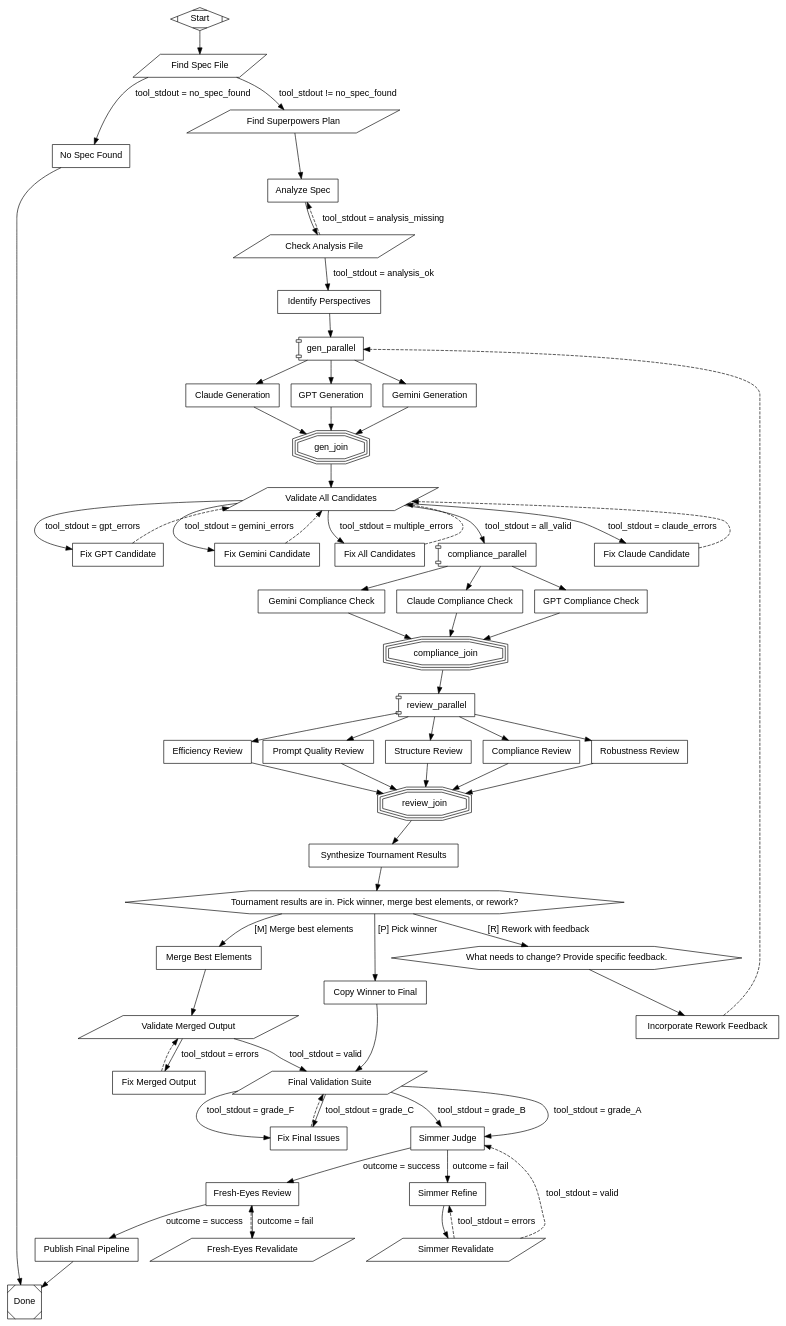
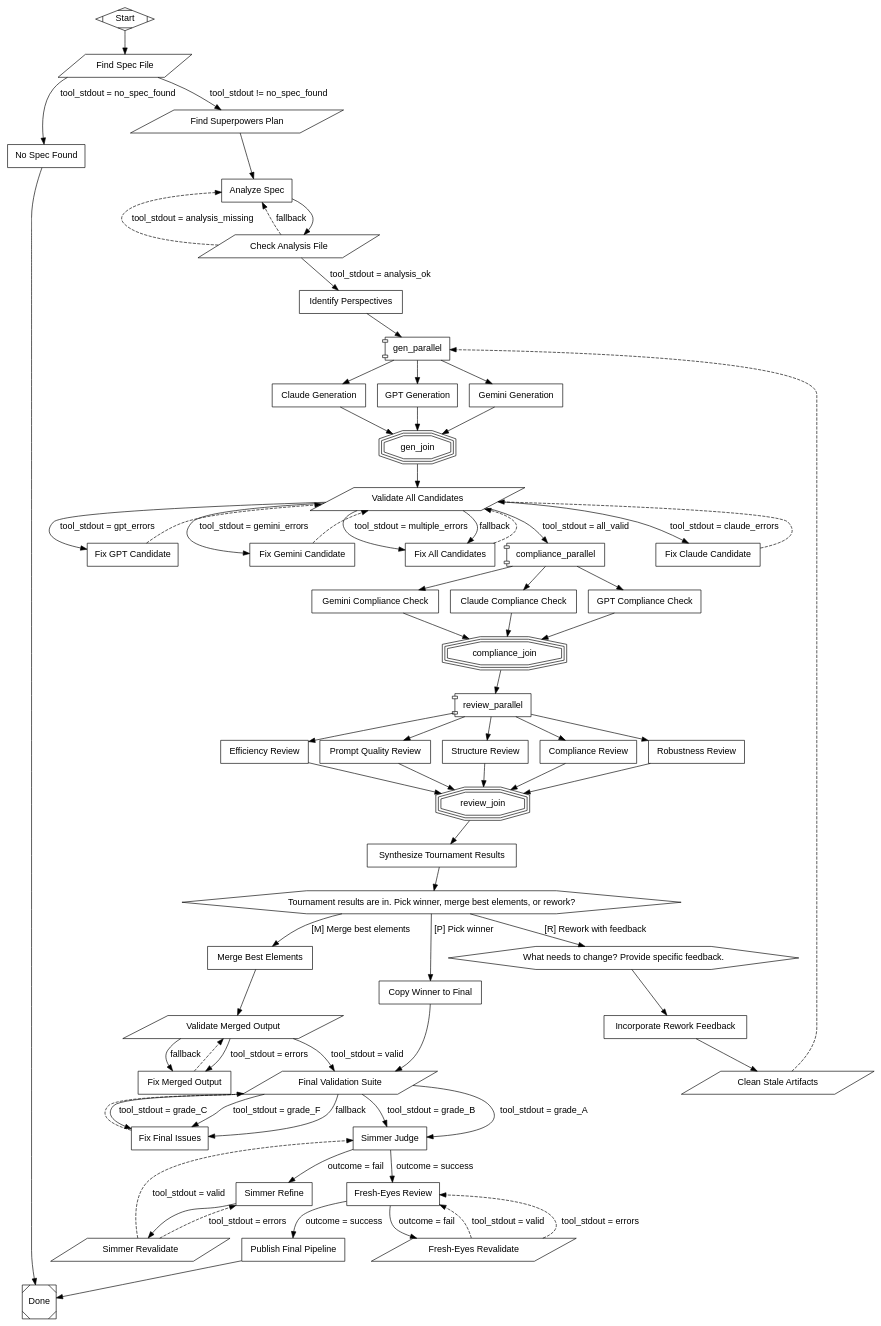
Before and after one commit to 2389-research/pipelines: the diagram in spec_to_dip.dot, drawn with Graphviz. The commit also changed 1 other file, not shown here.

Commit message:
fix(spec-to-dip): address review squad findings — hardening pass
Add fallback_target to all retry-loop and parallel branch nodes,
fix final_validate shell crash under set -eu, make edge routing
exhaustive, add rework cleanup node, expand prompt parity across
gen/fix agents, fix simmer ASI contradiction, bump max_restarts
to 30, add default fallback edges, integrate dippin lint into
final validation suite.

```diff
--- a/spec_to_dip.dot
+++ b/spec_to_dip.dot
@@ -1,120 +1,127 @@
 digraph SpecToDip {
   rankdir=TB;
   node [fontname="Helvetica"];
   edge [fontname="Helvetica"];
   Start [label="Start", shape="Mdiamond"];
   Done [label="Done", shape="Msquare"];
   no_spec_exit [label="No Spec Found", shape="box"];
   find_spec [label="Find Spec File", shape="parallelogram"];
   find_plan [label="Find Superpowers Plan", shape="parallelogram"];
   analyze_spec [label="Analyze Spec", shape="box"];
   check_analysis [label="Check Analysis File", shape="parallelogram"];
   identify_perspectives [label="Identify Perspectives", shape="box"];
   gen_parallel [label="gen_parallel", shape="component"];
   gen_claude [label="Claude Generation", shape="box"];
   gen_gpt [label="GPT Generation", shape="box"];
   gen_gemini [label="Gemini Generation", shape="box"];
   gen_join [label="gen_join", shape="tripleoctagon"];
   validate_all [label="Validate All Candidates", shape="parallelogram"];
   fix_claude [label="Fix Claude Candidate", shape="box"];
   fix_gpt [label="Fix GPT Candidate", shape="box"];
   fix_gemini [label="Fix Gemini Candidate", shape="box"];
   fix_all [label="Fix All Candidates", shape="box"];
   compliance_parallel [label="compliance_parallel", shape="component"];
   compliance_claude [label="Claude Compliance Check", shape="box"];
   compliance_gpt [label="GPT Compliance Check", shape="box"];
   compliance_gemini [label="Gemini Compliance Check", shape="box"];
   compliance_join [label="compliance_join", shape="tripleoctagon"];
   review_parallel [label="review_parallel", shape="component"];
   review_structure [label="Structure Review", shape="box"];
   review_compliance [label="Compliance Review", shape="box"];
   review_robustness [label="Robustness Review", shape="box"];
   review_efficiency [label="Efficiency Review", shape="box"];
   review_prompts [label="Prompt Quality Review", shape="box"];
   review_join [label="review_join", shape="tripleoctagon"];
   synthesize_scores [label="Synthesize Tournament Results", shape="box"];
   human_select [label="Tournament results are in. Pick winner, merge best elements, or rework?", shape="hexagon"];
   copy_winner [label="Copy Winner to Final", shape="box"];
   merge_candidates [label="Merge Best Elements", shape="box"];
   validate_merge [label="Validate Merged Output", shape="parallelogram"];
   fix_merge [label="Fix Merged Output", shape="box"];
   rework_feedback [label="What needs to change? Provide specific feedback.", shape="hexagon"];
+  rework_cleanup [label="Clean Stale Artifacts", shape="parallelogram"];
   rework_analysis [label="Incorporate Rework Feedback", shape="box"];
   final_validate [label="Final Validation Suite", shape="parallelogram"];
   final_fix [label="Fix Final Issues", shape="box"];
   simmer_judge [label="Simmer Judge", shape="box"];
   simmer_refine [label="Simmer Refine", shape="box"];
   simmer_revalidate [label="Simmer Revalidate", shape="parallelogram"];
   fresh_eyes [label="Fresh-Eyes Review", shape="box"];
   fresh_eyes_revalidate [label="Fresh-Eyes Revalidate", shape="parallelogram"];
   publish_output [label="Publish Final Pipeline", shape="box"];
 
   Start -> find_spec;
   find_spec -> find_plan [condition="tool_stdout != no_spec_found", label="tool_stdout != no_spec_found"];
   find_spec -> no_spec_exit [condition="tool_stdout = no_spec_found", label="tool_stdout = no_spec_found"];
   find_plan -> analyze_spec;
   no_spec_exit -> Done;
   analyze_spec -> check_analysis;
   check_analysis -> identify_perspectives [condition="tool_stdout = analysis_ok", label="tool_stdout = analysis_ok"];
   check_analysis -> analyze_spec [condition="tool_stdout = analysis_missing", label="tool_stdout = analysis_missing", restart="true", style="dashed"];
+  check_analysis -> analyze_spec [label="fallback", restart="true", style="dashed"];
   identify_perspectives -> gen_parallel;
   gen_parallel -> gen_claude;
   gen_parallel -> gen_gpt;
   gen_parallel -> gen_gemini;
   gen_claude -> gen_join;
   gen_gpt -> gen_join;
   gen_gemini -> gen_join;
   gen_join -> validate_all;
   validate_all -> compliance_parallel [condition="tool_stdout = all_valid", label="tool_stdout = all_valid"];
   validate_all -> fix_claude [condition="tool_stdout = claude_errors", label="tool_stdout = claude_errors"];
   validate_all -> fix_gpt [condition="tool_stdout = gpt_errors", label="tool_stdout = gpt_errors"];
   validate_all -> fix_gemini [condition="tool_stdout = gemini_errors", label="tool_stdout = gemini_errors"];
   validate_all -> fix_all [condition="tool_stdout = multiple_errors", label="tool_stdout = multiple_errors"];
+  validate_all -> fix_all [label="fallback"];
   fix_claude -> validate_all [restart="true", style="dashed"];
   fix_gpt -> validate_all [restart="true", style="dashed"];
   fix_gemini -> validate_all [restart="true", style="dashed"];
   fix_all -> validate_all [restart="true", style="dashed"];
   compliance_parallel -> compliance_claude;
   compliance_parallel -> compliance_gpt;
   compliance_parallel -> compliance_gemini;
   compliance_claude -> compliance_join;
   compliance_gpt -> compliance_join;
   compliance_gemini -> compliance_join;
   compliance_join -> review_parallel;
   review_parallel -> review_structure;
   review_parallel -> review_compliance;
   review_parallel -> review_robustness;
   review_parallel -> review_efficiency;
   review_parallel -> review_prompts;
   review_structure -> review_join;
   review_compliance -> review_join;
   review_robustness -> review_join;
   review_efficiency -> review_join;
   review_prompts -> review_join;
   review_join -> synthesize_scores;
   synthesize_scores -> human_select;
   human_select -> copy_winner [label="[P] Pick winner"];
   human_select -> merge_candidates [label="[M] Merge best elements"];
   human_select -> rework_feedback [label="[R] Rework with feedback"];
   copy_winner -> final_validate;
   merge_candidates -> validate_merge;
   validate_merge -> fix_merge [condition="tool_stdout = errors", label="tool_stdout = errors"];
   fix_merge -> validate_merge [restart="true", style="dashed"];
   validate_merge -> final_validate [condition="tool_stdout = valid", label="tool_stdout = valid"];
+  validate_merge -> fix_merge [label="fallback"];
   rework_feedback -> rework_analysis;
-  rework_analysis -> gen_parallel [restart="true", style="dashed"];
+  rework_analysis -> rework_cleanup;
+  rework_cleanup -> gen_parallel [restart="true", style="dashed"];
   final_validate -> final_fix [condition="tool_stdout = grade_C", label="tool_stdout = grade_C"];
   final_validate -> final_fix [condition="tool_stdout = grade_F", label="tool_stdout = grade_F"];
   final_fix -> final_validate [restart="true", style="dashed"];
   final_validate -> simmer_judge [condition="tool_stdout = grade_A", label="tool_stdout = grade_A"];
   final_validate -> simmer_judge [condition="tool_stdout = grade_B", label="tool_stdout = grade_B"];
+  final_validate -> final_fix [label="fallback"];
   simmer_judge -> fresh_eyes [condition="outcome = success", label="outcome = success"];
   simmer_judge -> simmer_refine [condition="outcome = fail", label="outcome = fail"];
   simmer_refine -> simmer_revalidate;
   simmer_revalidate -> simmer_judge [condition="tool_stdout = valid", label="tool_stdout = valid", restart="true", style="dashed"];
   simmer_revalidate -> simmer_refine [condition="tool_stdout = errors", label="tool_stdout = errors", restart="true", style="dashed"];
   fresh_eyes -> publish_output [condition="outcome = success", label="outcome = success"];
   fresh_eyes -> fresh_eyes_revalidate [condition="outcome = fail", label="outcome = fail"];
-  fresh_eyes_revalidate -> fresh_eyes [restart="true", style="dashed"];
+  fresh_eyes_revalidate -> fresh_eyes [condition="tool_stdout = valid", label="tool_stdout = valid", restart="true", style="dashed"];
+  fresh_eyes_revalidate -> fresh_eyes [condition="tool_stdout = errors", label="tool_stdout = errors", restart="true", style="dashed"];
   publish_output -> Done;
 }
```
